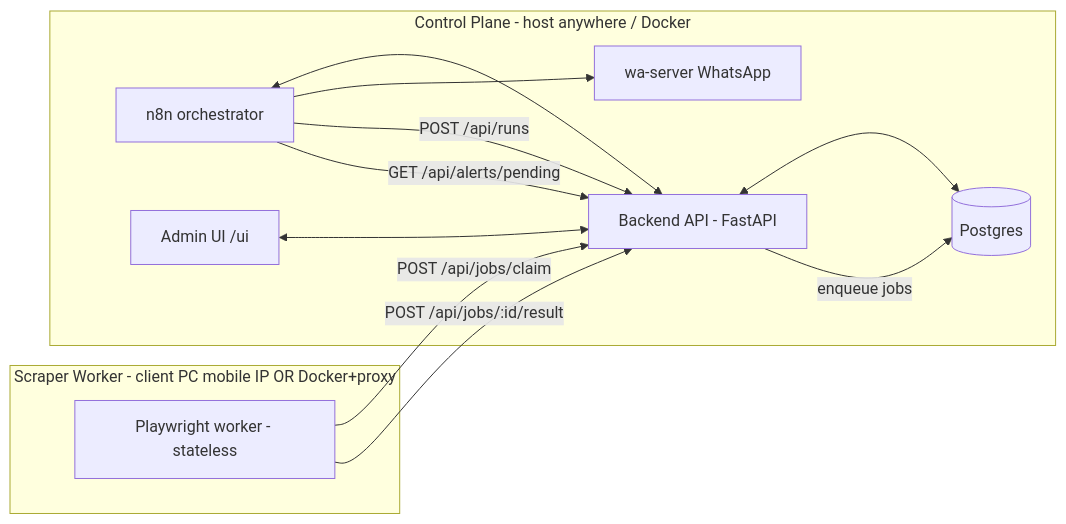
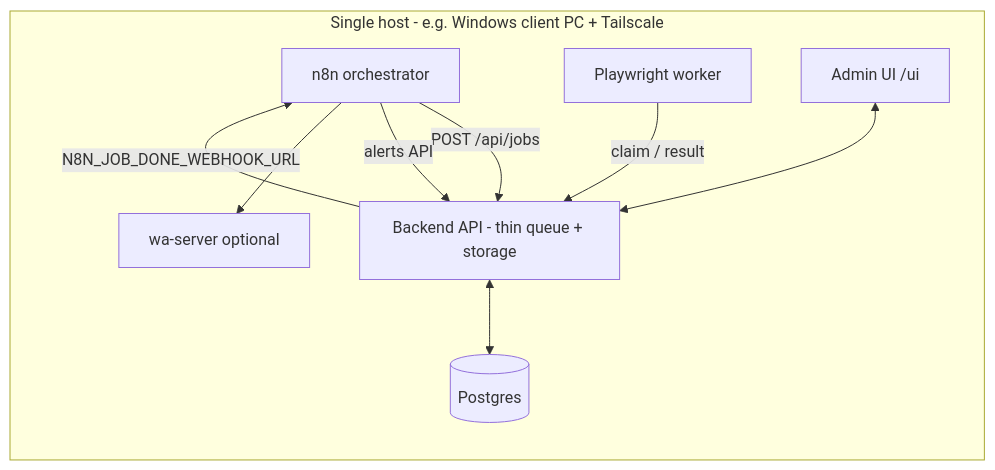
Before and after one commit to colossal1598/amazon-monitor-platform: the diagram in README.md, drawn with Mermaid. The commit also changed other lines of this file and 30 other files, not shown here.

````diff
--- a/README.md
+++ b/README.md
@@ -13,22 +13,18 @@
 ```mermaid
 flowchart LR
-    subgraph control [Control Plane - host anywhere / Docker]
+    subgraph host [Single host - e.g. Windows client PC + Tailscale]
         n8n[n8n orchestrator]
-        api[Backend API - FastAPI]
+        api[Backend API - thin queue + storage]
         db[(Postgres)]
         ui[Admin UI /ui]
-        wa[wa-server WhatsApp]
-        n8n <--> api
+        worker[Playwright worker]
+        wa[wa-server optional]
+        n8n -->|POST /api/jobs| api
+        api -->|N8N_JOB_DONE_WEBHOOK_URL| n8n
+        worker -->|claim / result| api
         ui <--> api
         api <--> db
+        n8n -->|alerts API| api
         n8n --> wa
     end
-    subgraph edge [Scraper Worker - client PC mobile IP OR Docker+proxy]
-        worker[Playwright worker - stateless]
-    end
-    n8n -->|POST /api/runs| api
-    api -->|enqueue jobs| db
-    worker -->|POST /api/jobs/claim| api
-    worker -->|POST /api/jobs/:id/result| api
-    n8n -->|GET /api/alerts/pending| api
 ```
````
